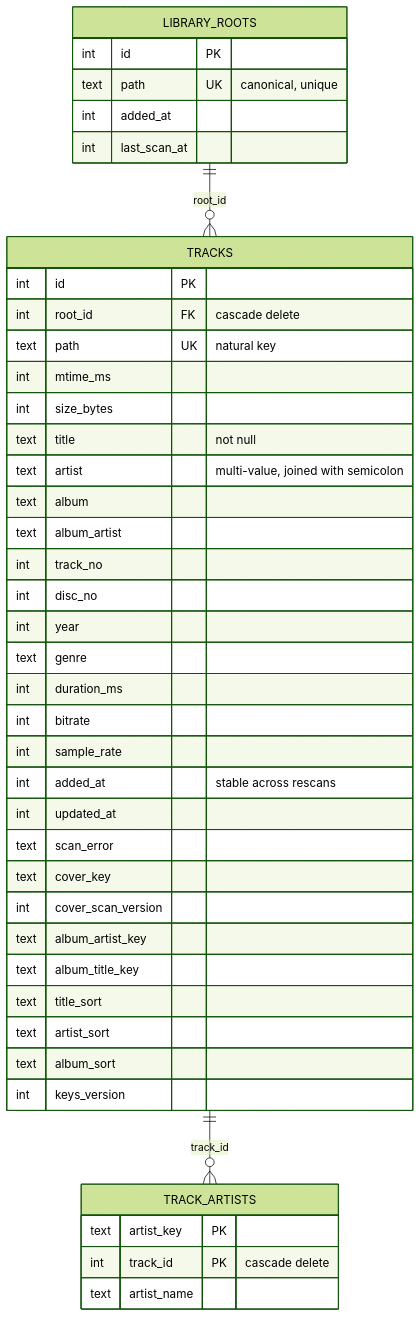
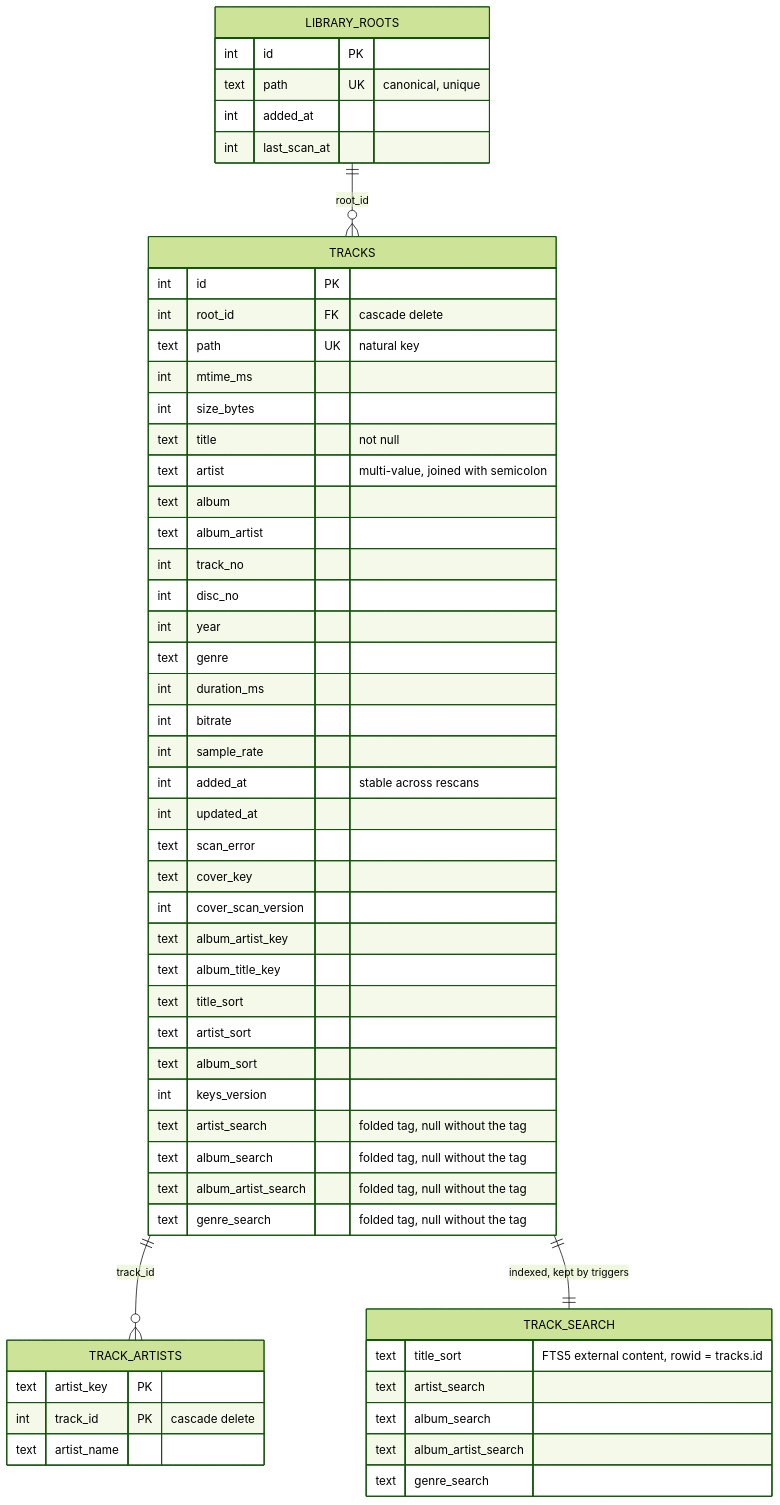
Before and after one commit to kanaru313/kanaru: the seventh of 8 diagrams in docs/system-architecture.md, drawn with Mermaid (forest theme). The commit also changed other lines of this file and 8 other files, not shown here.

Commit message:
docs: describe full-text search

````diff
--- a/docs/system-architecture.md
+++ b/docs/system-architecture.md
@@ -274,45 +276,57 @@
 ```mermaid
 erDiagram
     LIBRARY_ROOTS {
         int id PK
         text path UK "canonical, unique"
         int added_at
         int last_scan_at
     }
     TRACKS {
         int id PK
         int root_id FK "cascade delete"
         text path UK "natural key"
         int mtime_ms
         int size_bytes
         text title "not null"
         text artist "multi-value, joined with semicolon"
         text album
         text album_artist
         int track_no
         int disc_no
         int year
         text genre
         int duration_ms
         int bitrate
         int sample_rate
         int added_at "stable across rescans"
         int updated_at
         text scan_error
         text cover_key
         int cover_scan_version
         text album_artist_key
         text album_title_key
         text title_sort
         text artist_sort
         text album_sort
         int keys_version
+        text artist_search "folded tag, null without the tag"
+        text album_search "folded tag, null without the tag"
+        text album_artist_search "folded tag, null without the tag"
+        text genre_search "folded tag, null without the tag"
+    }
+    TRACK_SEARCH {
+        text title_sort "FTS5 external content, rowid = tracks.id"
+        text artist_search
+        text album_search
+        text album_artist_search
+        text genre_search
     }
     TRACK_ARTISTS {
         text artist_key PK
         int track_id PK "cascade delete"
         text artist_name
     }
     LIBRARY_ROOTS ||--o{ TRACKS : "root_id"
     TRACKS ||--o{ TRACK_ARTISTS : "track_id"
+    TRACKS ||--|| TRACK_SEARCH : "indexed, kept by triggers"
 ```
````
